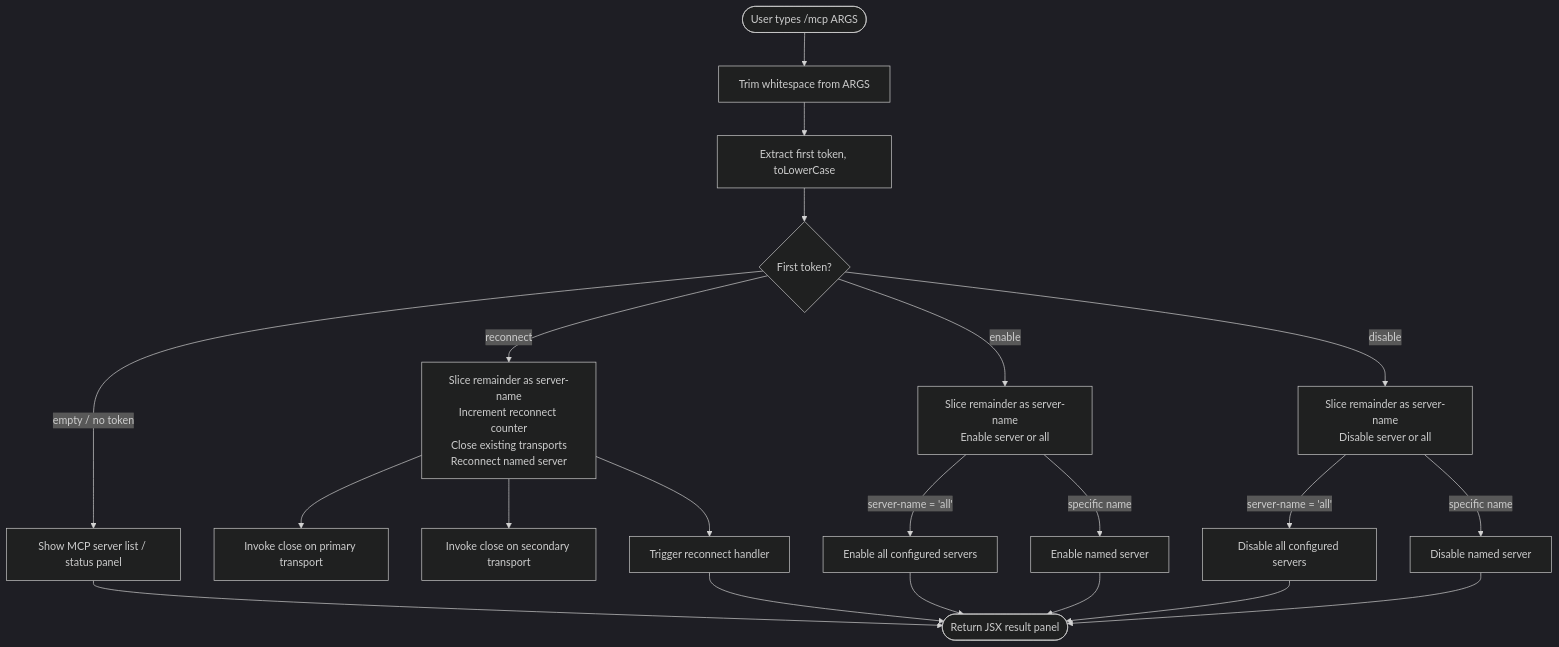
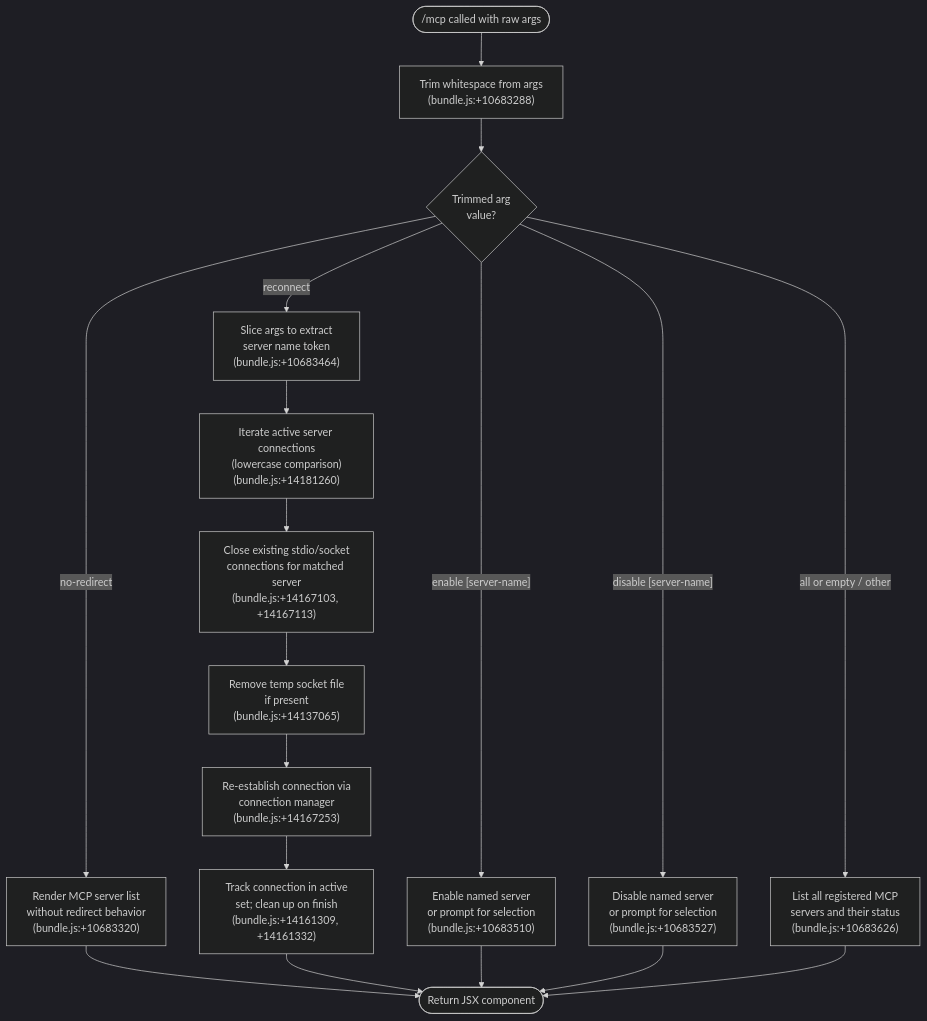
The diagram in versions/v2.1.133/mcp.md (MyLittleLuckyDog/cc-gnothi), drawn with Mermaid (dark theme) before and after one commit. The commit also changed other lines of this file and 95 other files, not shown here.

````diff
--- a/versions/v2.1.133/mcp.md
+++ b/versions/v2.1.133/mcp.md
@@ -46,20 +56,26 @@
 ```mermaid
 flowchart TD
-    A([User types /mcp ARGS]) --> B[Trim whitespace from ARGS]
-    B --> C[Extract first token, toLowerCase]
-    C --> D{First token?}
-    D -->|empty / no token| E[Show MCP server list / status panel]
-    D -->|reconnect| F[Slice remainder as server-name\nIncrement reconnect counter\nClose existing transports\nReconnect named server]
-    D -->|enable| G[Slice remainder as server-name\nEnable server or all]
-    D -->|disable| H[Slice remainder as server-name\nDisable server or all]
-    F --> I[Invoke close on primary transport]
-    F --> J[Invoke close on secondary transport]
-    F --> K[Trigger reconnect handler]
-    G -->|server-name = 'all'| L[Enable all configured servers]
-    G -->|specific name| M[Enable named server]
-    H -->|server-name = 'all'| N[Disable all configured servers]
-    H -->|specific name| O[Disable named server]
-    L & M & N & O --> P([Return JSX result panel])
-    E --> P
-    K --> P
+    A(["/mcp called with raw args"]) --> B["Trim whitespace from args\n(bundle.js:+10683288)"]
+    B --> C{Trimmed arg\nvalue?}
+
+    C -->|"no-redirect"| D["Render MCP server list\nwithout redirect behavior\n(bundle.js:+10683320)"]
+
+    C -->|"reconnect"| E["Slice args to extract\nserver name token\n(bundle.js:+10683464)"]
+    E --> F["Iterate active server connections\n(lowercase comparison)\n(bundle.js:+14181260)"]
+    F --> G["Close existing stdio/socket\nconnections for matched server\n(bundle.js:+14167103, +14167113)"]
+    G --> H["Remove temp socket file\nif present\n(bundle.js:+14137065)"]
+    H --> I["Re-establish connection via\nconnection manager\n(bundle.js:+14167253)"]
+    I --> J["Track connection in active\nset; clean up on finish\n(bundle.js:+14161309, +14161332)"]
+
+    C -->|"enable [server-name]"| K["Enable named server\nor prompt for selection\n(bundle.js:+10683510)"]
+
+    C -->|"disable [server-name]"| L["Disable named server\nor prompt for selection\n(bundle.js:+10683527)"]
+
+    C -->|"all  or  empty / other"| M["List all registered MCP\nservers and their status\n(bundle.js:+10683626)"]
+
+    D --> Z([Return JSX component])
+    J --> Z
+    K --> Z
+    L --> Z
+    M --> Z
 ```
````
